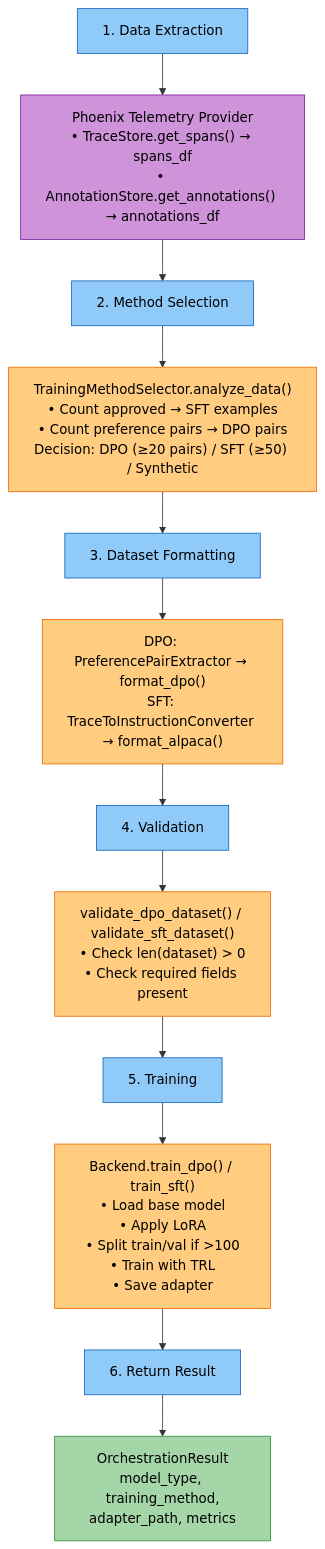
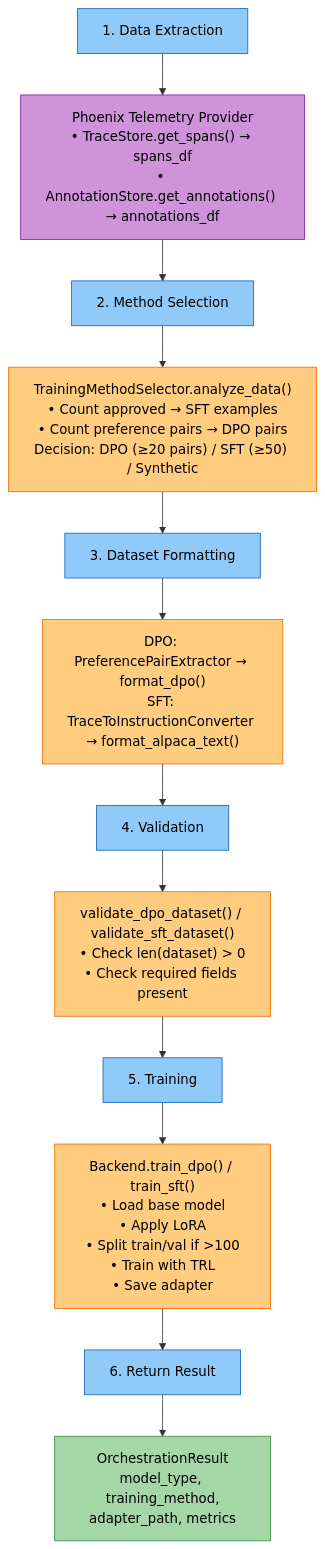
One commit to amit-jain/cogniverse changed the third of 3 diagrams in docs/modules/finetuning.md. Above: the diagram before and after it, drawn with Mermaid. The commit also changed other lines of this file and 50 other files, not shown here.

First line of the commit message:
Complete and verify docs against code with mermaid palette

````diff
--- a/docs/modules/finetuning.md
+++ b/docs/modules/finetuning.md
@@ -596,45 +675,45 @@
 ```mermaid
 flowchart TB
     Step1["<span style='color:#000'>1. Data Extraction</span>"]
     Phoenix["<span style='color:#000'>Phoenix Telemetry Provider<br/>• TraceStore.get_spans() → spans_df<br/>• AnnotationStore.get_annotations() → annotations_df</span>"]
 
     Step2["<span style='color:#000'>2. Method Selection</span>"]
     Selector["<span style='color:#000'>TrainingMethodSelector.analyze_data()<br/>• Count approved → SFT examples<br/>• Count preference pairs → DPO pairs<br/>Decision: DPO (≥20 pairs) / SFT (≥50) / Synthetic</span>"]
 
     Step3["<span style='color:#000'>3. Dataset Formatting</span>"]
-    Format["<span style='color:#000'>DPO: PreferencePairExtractor → format_dpo()<br/>SFT: TraceToInstructionConverter → format_alpaca()</span>"]
+    Format["<span style='color:#000'>DPO: PreferencePairExtractor → format_dpo()<br/>SFT: TraceToInstructionConverter → format_alpaca_text()</span>"]
 
     Step4["<span style='color:#000'>4. Validation</span>"]
     Validate["<span style='color:#000'>validate_dpo_dataset() / validate_sft_dataset()<br/>• Check len(dataset) > 0<br/>• Check required fields present</span>"]
 
     Step5["<span style='color:#000'>5. Training</span>"]
     Train["<span style='color:#000'>Backend.train_dpo() / train_sft()<br/>• Load base model<br/>• Apply LoRA<br/>• Split train/val if >100<br/>• Train with TRL<br/>• Save adapter</span>"]
 
     Step6["<span style='color:#000'>6. Return Result</span>"]
     Result["<span style='color:#000'>OrchestrationResult<br/>model_type, training_method,<br/>adapter_path, metrics</span>"]
 
     Step1 --> Phoenix
     Phoenix --> Step2
     Step2 --> Selector
     Selector --> Step3
     Step3 --> Format
     Format --> Step4
     Step4 --> Validate
     Validate --> Step5
     Step5 --> Train
     Train --> Step6
     Step6 --> Result
 
     style Step1 fill:#90caf9,stroke:#1565c0,color:#000
     style Phoenix fill:#ce93d8,stroke:#7b1fa2,color:#000
     style Step2 fill:#90caf9,stroke:#1565c0,color:#000
     style Selector fill:#ffcc80,stroke:#ef6c00,color:#000
     style Step3 fill:#90caf9,stroke:#1565c0,color:#000
     style Format fill:#ffcc80,stroke:#ef6c00,color:#000
     style Step4 fill:#90caf9,stroke:#1565c0,color:#000
     style Validate fill:#ffcc80,stroke:#ef6c00,color:#000
     style Step5 fill:#90caf9,stroke:#1565c0,color:#000
     style Train fill:#ffcc80,stroke:#ef6c00,color:#000
     style Step6 fill:#90caf9,stroke:#1565c0,color:#000
     style Result fill:#a5d6a7,stroke:#388e3c,color:#000
 ```
````
